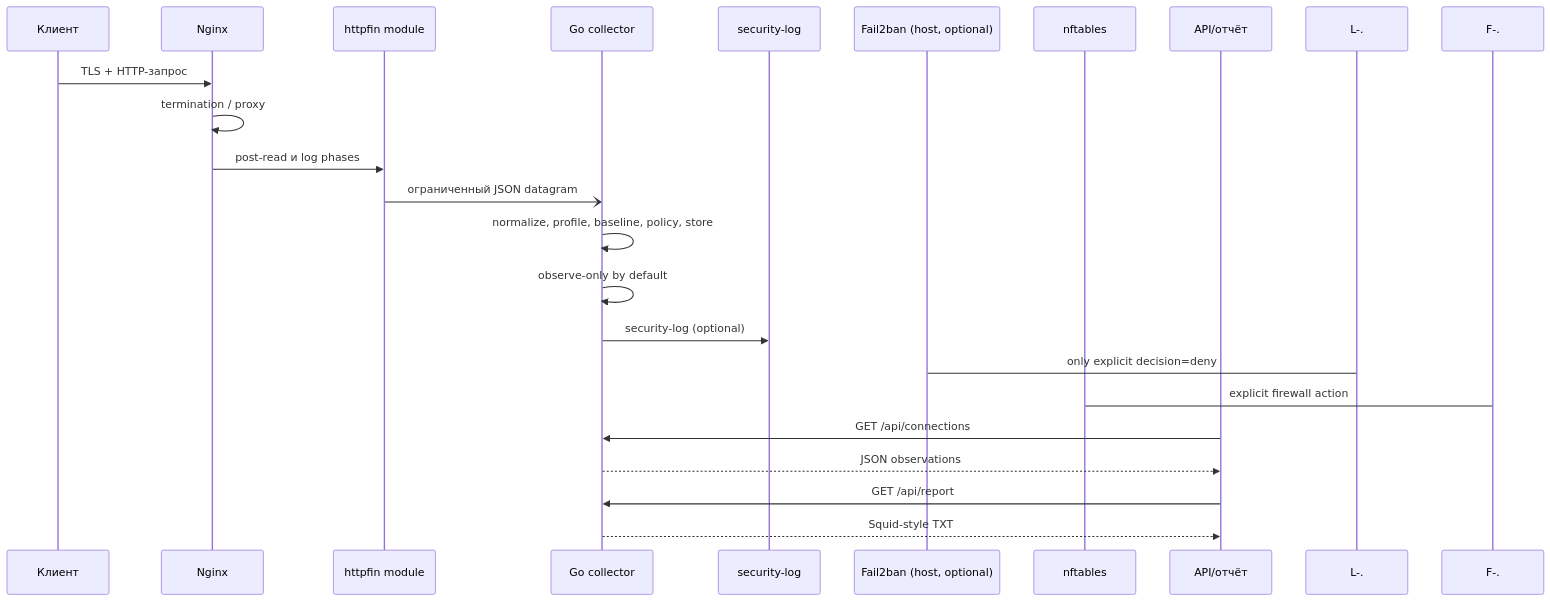
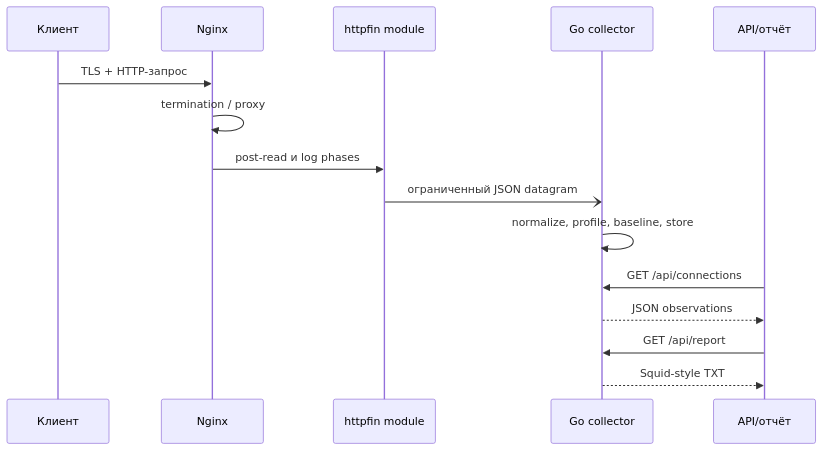
The fourth of 5 diagrams in docs/ARCHITECTURE.ru.md (rbelshevitz/httpfin), drawn with Mermaid before and after one commit. The commit also changed other lines of this file and 35 other files, not shown here.

Commit message:
Remove anti-bot and Fail2ban scope

````diff
--- a/docs/ARCHITECTURE.ru.md
+++ b/docs/ARCHITECTURE.ru.md
@@ -86,25 +78,18 @@
 ```mermaid
 sequenceDiagram
     participant C as Клиент
     participant N as Nginx
     participant M as httpfin module
     participant G as Go collector
-    participant L as security-log
-    participant F as Fail2ban (host, optional)
-    participant W as nftables
     participant R as API/отчёт
 
     C->>N: TLS + HTTP-запрос
     N->>N: termination / proxy
     N->>M: post-read и log phases
     M-)G: ограниченный JSON datagram
-    G->>G: normalize, profile, baseline, policy, store
-    G->>G: observe-only by default
-    G->>L: security-log (optional)
-    L-.->F: only explicit decision=deny
-    F-.->W: explicit firewall action
+    G->>G: normalize, profile, baseline, store
     R->>G: GET /api/connections
     G-->>R: JSON observations
     R->>G: GET /api/report
     G-->>R: Squid-style TXT
 ```
````
